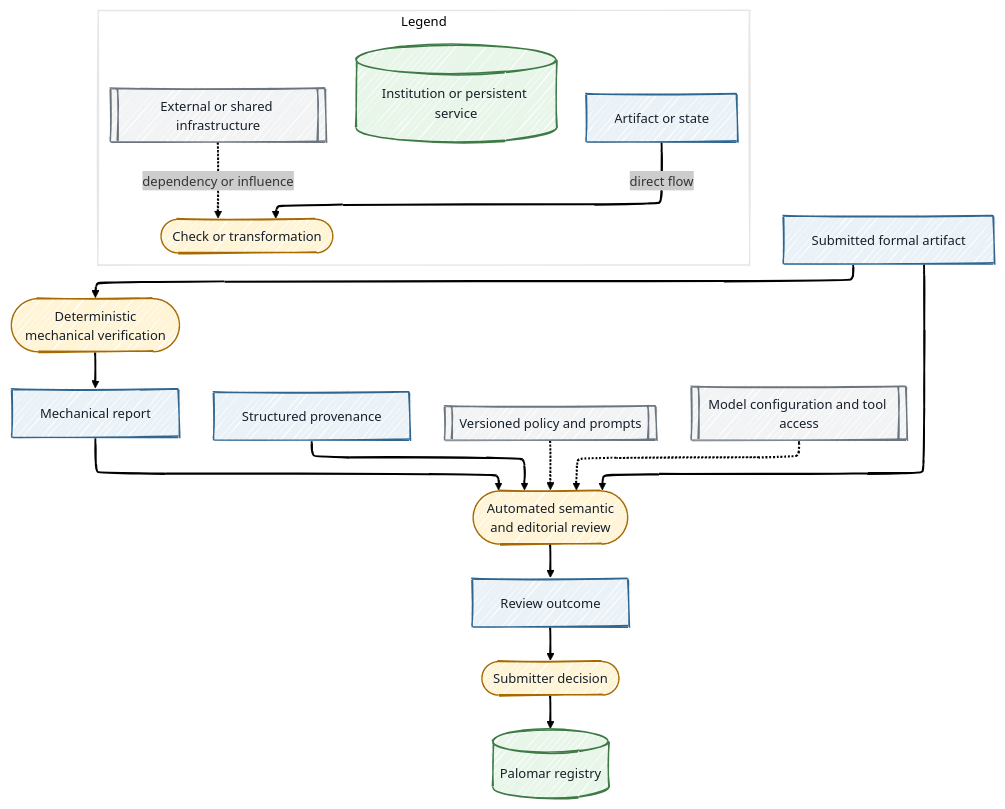
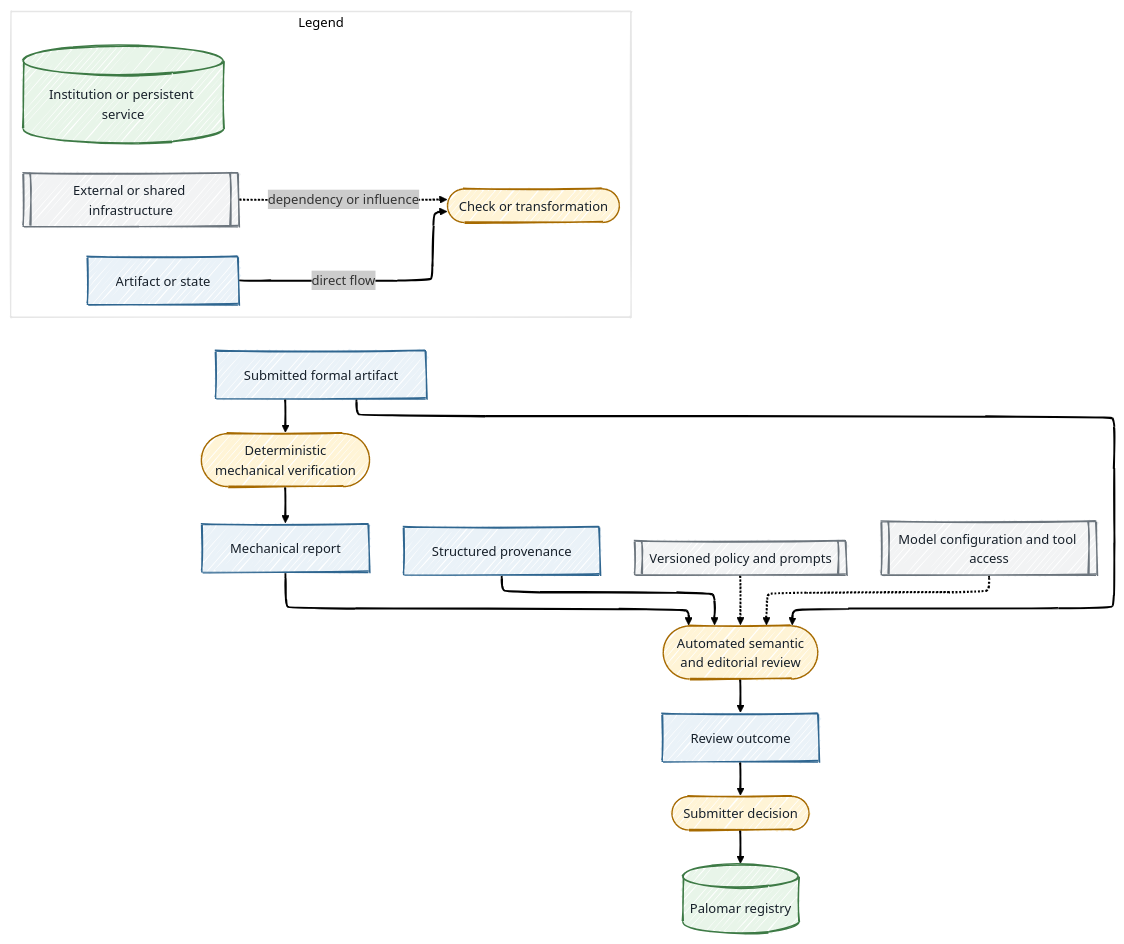
Before and after one commit to antomon/antomon.github.io: the fifth of 11 diagrams in posts/after-proof-abundance-palomar-and-the-new-infrastructure-of-mathematical-trust/index.qmd, drawn with Mermaid. The commit also changed other lines of this file and 94 other files, not shown here.

````diff
--- a/posts/after-proof-abundance-palomar-and-the-new-infrastructure-of-mathematical-trust/index.qmd
+++ b/posts/after-proof-abundance-palomar-and-the-new-infrastructure-of-mathematical-trust/index.qmd
@@ -275,29 +293,33 @@
 ```{mermaid}
 %%| label: fig-after-proof-abundance-palomar-and-the-new-infrastructure-of-mathematical-trust-review-boundary
 %%| fig-cap: 'Deterministic verification and probabilistic semantic review occupy separate stages in the Palomar workflow.'
 %%| fig-alt: 'A submitted formal artifact passes through deterministic mechanical verification and produces a mechanical report. The artifact, report, structured provenance, versioned policy, and model configuration then feed automated semantic and editorial review. The review outcome returns to the submitter, whose registration decision can create a persistent Palomar record. A legend identifies diagram conventions.'
 %%| fig-align: center
 %%{init: {"theme": "neo", "look": "handDrawn", "layout": "elk"}}%%
 flowchart TD
     A[Submitted formal artifact]:::artifact --> M([Deterministic<br/>mechanical verification]):::process
     M --> R[Mechanical report]:::artifact
     R --> S([Automated semantic<br/>and editorial review]):::process
     A --> S
     P[Structured provenance]:::artifact --> S
     POL[[Versioned policy and prompts]]:::external -.-> S
     MOD[[Model configuration and tool access]]:::external -.-> S
     S --> O[Review outcome]:::artifact
     O --> D([Submitter decision]):::process
     D --> REG[(Palomar registry)]:::institution
 
     subgraph LEG[Legend]
+        direction LR
+
         LA[Artifact or state]:::artifact -->|direct flow| LP([Check or transformation]):::process
         LI[(Institution or persistent service)]:::institution
         LX[[External or shared infrastructure]]:::external -.->|dependency or influence| LP
     end
+
+    LEG ~~~ A
 
     classDef artifact fill:#EAF2F8,stroke:#2F6690,color:#17202A,stroke-width:1.5px
     classDef process fill:#FFF4D6,stroke:#A66A00,color:#17202A,stroke-width:1.5px
     classDef institution fill:#E8F5E9,stroke:#3D7A45,color:#17202A,stroke-width:1.5px
     classDef external fill:#F2F3F4,stroke:#6C757D,color:#17202A,stroke-width:1.5px
 ```
````
